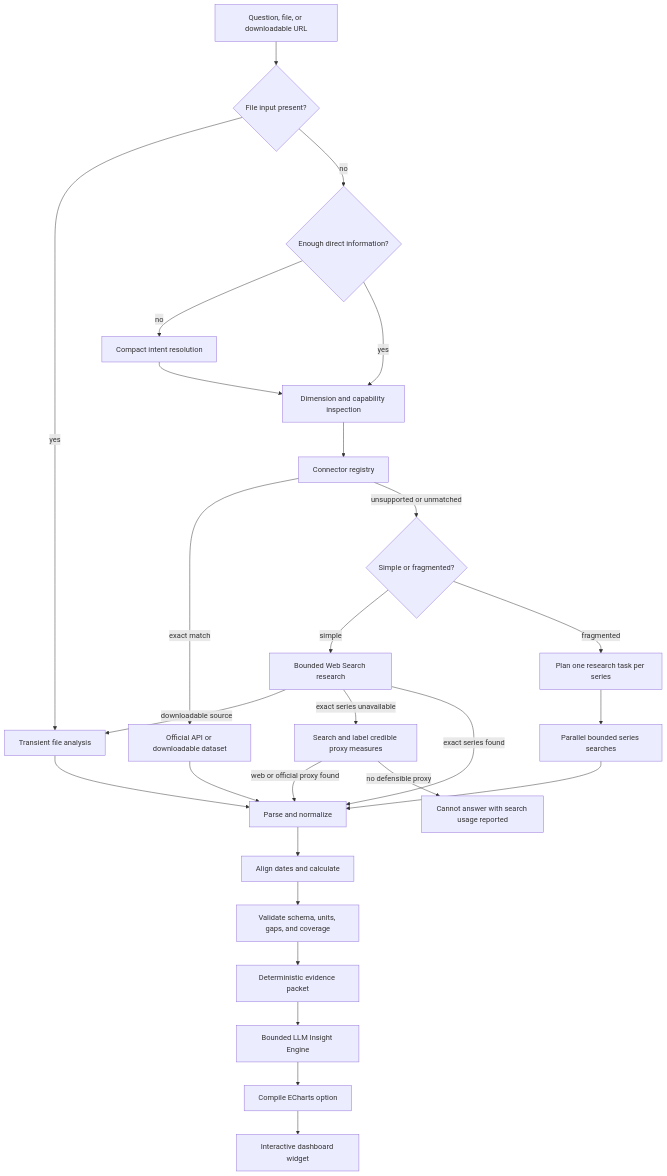
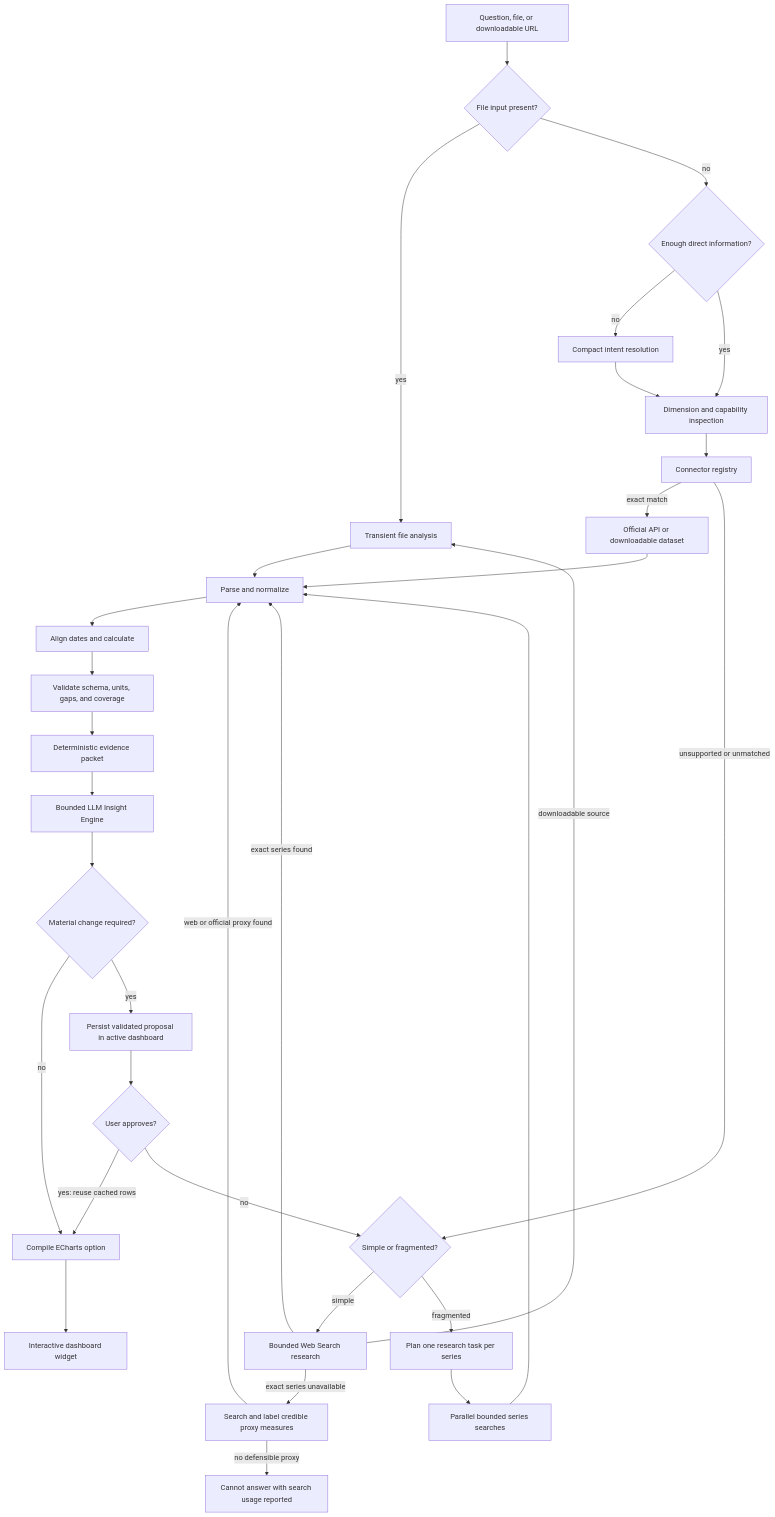
Before and after one commit to weifanwu/polaris: the diagram in docs/ARCHITECTURE.md, drawn with Mermaid. The commit also changed other lines of this file and 12 other files, not shown here.

Commit message:
Add executable chart recovery proposals

````diff
--- a/docs/ARCHITECTURE.md
+++ b/docs/ARCHITECTURE.md
@@ -7,29 +7,34 @@
 ```mermaid
 flowchart TD
     A["Question, file, or downloadable URL"] --> U{"File input present?"}
     U -->|"yes"| UA["Transient file analysis"]
     U -->|"no"| B{"Enough direct information?"}
     B -->|"no"| C["Compact intent resolution"]
     B -->|"yes"| X["Dimension and capability inspection"]
     C --> X
     X --> D["Connector registry"]
     D -->|"exact match"| E["Official API or downloadable dataset"]
     D -->|"unsupported or unmatched"| R{"Simple or fragmented?"}
     R -->|"simple"| F["Bounded Web Search research"]
     R -->|"fragmented"| RP["Plan one research task per series"]
     RP --> RS["Parallel bounded series searches"]
     RS --> G
     F -->|"downloadable source"| UA
     F -->|"exact series unavailable"| P["Search and label credible proxy measures"]
     P -->|"web or official proxy found"| G
     P -->|"no defensible proxy"| Q["Cannot answer with search usage reported"]
     UA --> G["Parse and normalize"]
     E --> G
     F -->|"exact series found"| G
     G --> H["Align dates and calculate"]
     H --> I["Validate schema, units, gaps, and coverage"]
     I --> N["Deterministic evidence packet"]
     N --> L["Bounded LLM Insight Engine"]
-    L --> J["Compile ECharts option"]
+    L --> AP{"Material change required?"}
+    AP -->|"no"| J["Compile ECharts option"]
+    AP -->|"yes"| AC["Persist validated proposal in active dashboard"]
+    AC --> AU{"User approves?"}
+    AU -->|"yes: reuse cached rows"| J
+    AU -->|"no"| R
     J --> K["Interactive dashboard widget"]
 ```
````
